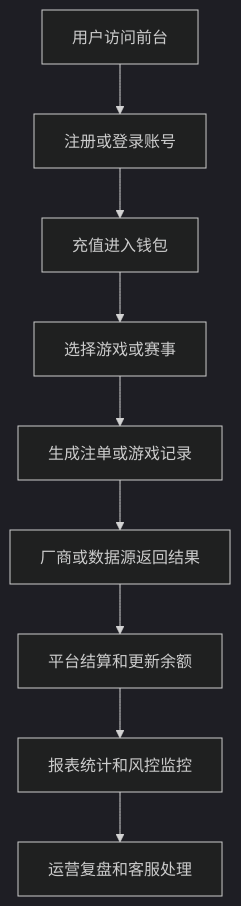
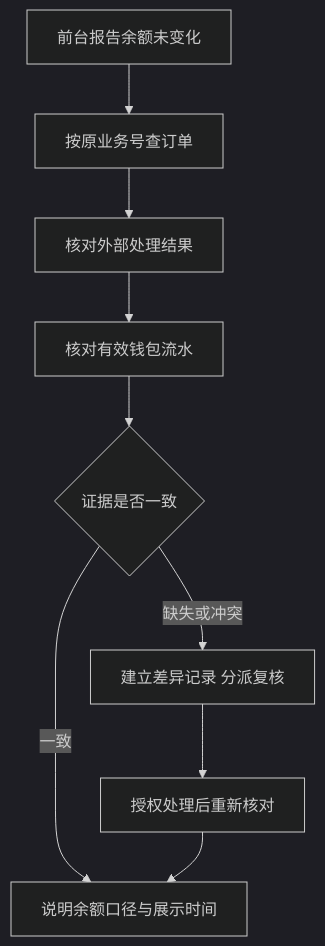
One commit to micjordan9527/game changed the diagram in content/articles/how-gambling-platform-works.md. Above: the diagram before and after it, drawn with Mermaid (dark theme). The commit also changed other lines of this file and 20 other files, not shown here.

Commit message:
Add v23 platform responsibility guides and verified wallet model diagrams

````diff
--- a/content/articles/how-gambling-platform-works.md
+++ b/content/articles/how-gambling-platform-works.md
@@ -61,11 +40,11 @@
 ```mermaid
 flowchart TD
-  A[用户访问前台] --> B[注册或登录账号]
-  B --> C[充值进入钱包]
-  C --> D[选择游戏或赛事]
-  D --> E[生成注单或游戏记录]
-  E --> F[厂商或数据源返回结果]
-  F --> G[平台结算和更新余额]
-  G --> H[报表统计和风控监控]
-  H --> I[运营复盘和客服处理]
+  A[前台报告余额未变化] --> B[按原业务号查订单]
+  B --> C[核对外部处理结果]
+  C --> D[核对有效钱包流水]
+  D --> E{证据是否一致}
+  E -->|一致| F[说明余额口径与展示时间]
+  E -->|缺失或冲突| G[建立差异记录 分派复核]
+  G --> H[授权处理后重新核对]
+  H --> F
 ```
````
